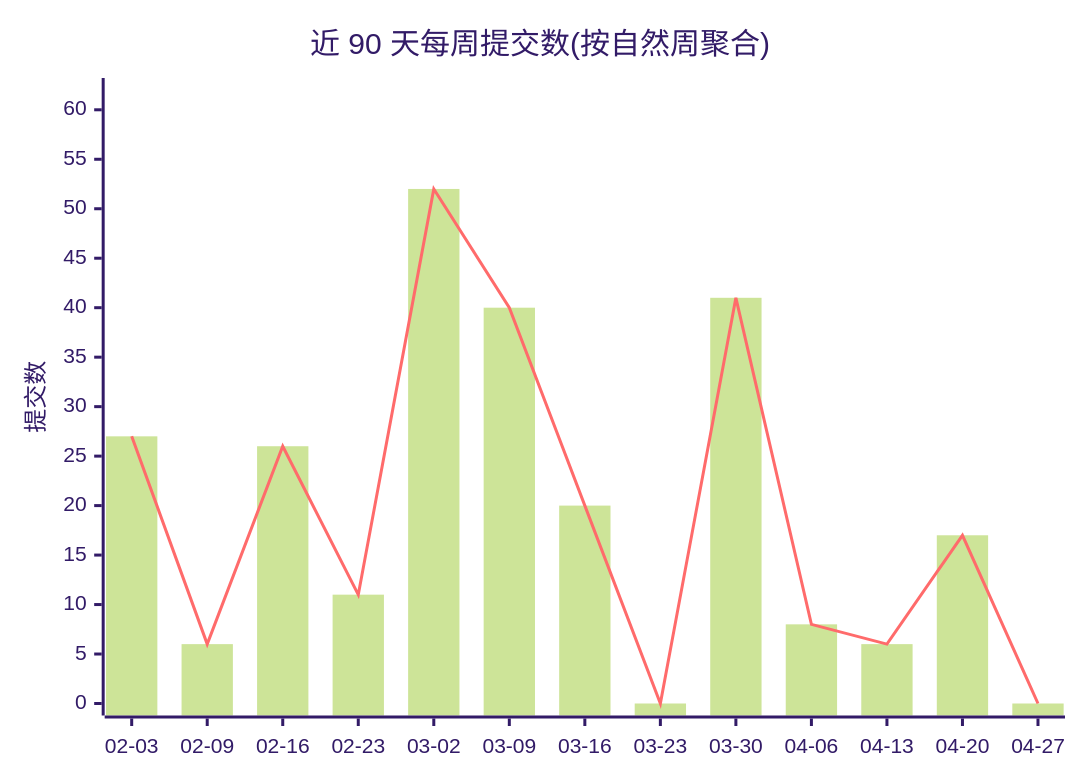
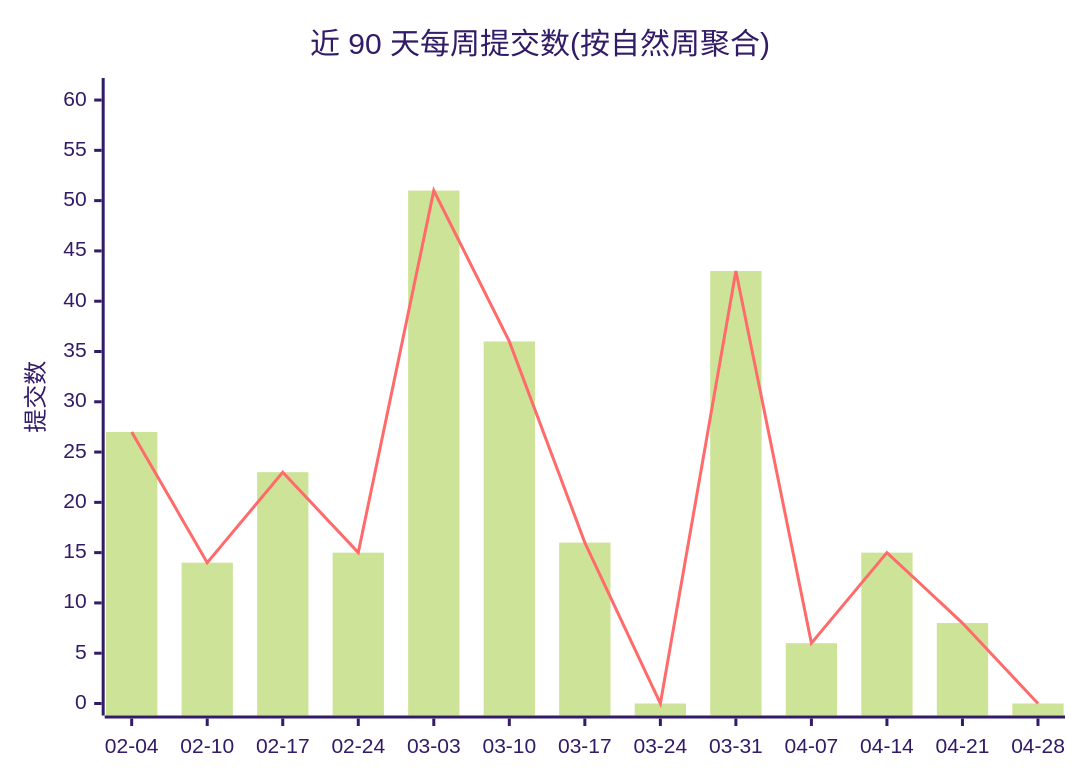
One commit to Conflux-Union/.github changed the first of 2 diagrams in profile/README.md. Above: the diagram before and after it, drawn with Mermaid (forest theme). The commit also changed other lines of this file and 1 other file, not shown here.

Commit message:
chore(stats): refresh org commit stats

````diff
--- a/profile/README.md
+++ b/profile/README.md
@@ -44,8 +44,8 @@
 ```mermaid
 xychart-beta
     title "近 90 天每周提交数(按自然周聚合)"
-    x-axis ["02-03", "02-09", "02-16", "02-23", "03-02", "03-09", "03-16", "03-23", "03-30", "04-06", "04-13", "04-20", "04-27"]
-    y-axis "提交数" 0 --> 62
-    bar [27, 6, 26, 11, 52, 40, 20, 0, 41, 8, 6, 17, 0]
-    line [27, 6, 26, 11, 52, 40, 20, 0, 41, 8, 6, 17, 0]
+    x-axis ["02-04", "02-10", "02-17", "02-24", "03-03", "03-10", "03-17", "03-24", "03-31", "04-07", "04-14", "04-21", "04-28"]
+    y-axis "提交数" 0 --> 61
+    bar [27, 14, 23, 15, 51, 36, 16, 0, 43, 6, 15, 8, 0]
+    line [27, 14, 23, 15, 51, 36, 16, 0, 43, 6, 15, 8, 0]
 ```
````
